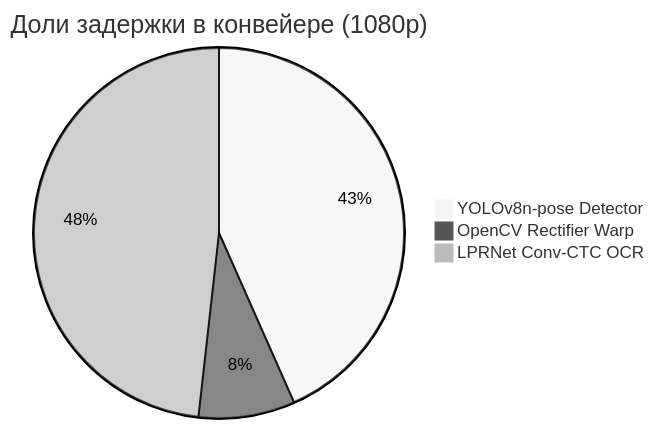
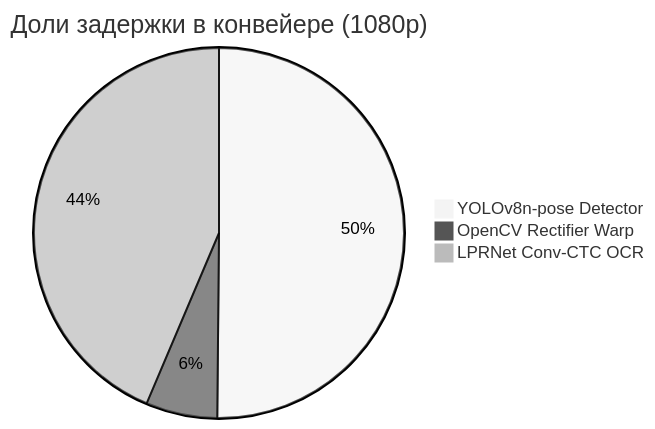
The diagram in docs/report/latency_benchmark.md (Vamsilver/OmniPlate-RU), drawn with Mermaid (neutral theme) before and after one commit. The commit also changed other lines of this file and 8 other files, not shown here.

````diff
--- a/docs/report/latency_benchmark.md
+++ b/docs/report/latency_benchmark.md
@@ -50,6 +50,6 @@
 ```mermaid
 pie title Доли задержки в конвейере (1080p)
-    "YOLOv8n-pose Detector" : 11.6
-    "OpenCV Rectifier Warp" : 2.25
-    "LPRNet Conv-CTC OCR" : 12.9
+    "YOLOv8n-pose Detector" : 18.4
+    "OpenCV Rectifier Warp" : 2.29
+    "LPRNet Conv-CTC OCR" : 16.0
 ```
````
